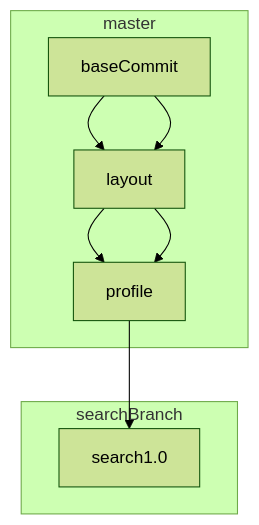
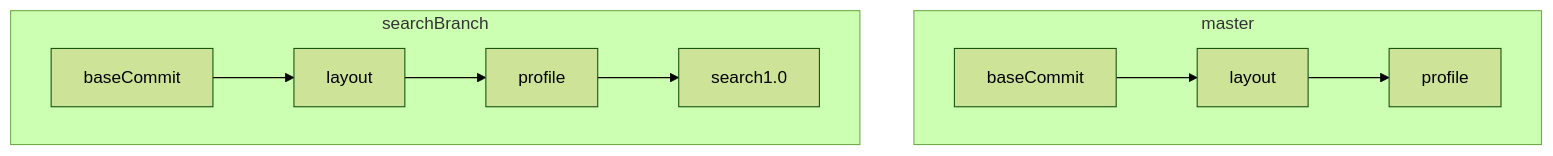
Before and after one commit to karan-kapoor90/portfolYOU: the second of 4 diagrams in _posts/2019-09-21-DIffmerge-setup.md, drawn with Mermaid (forest theme). The commit also changed other lines of this file, not shown here.

Commit message:
Graph fixes

```diff
--- a/_posts/2019-09-21-DIffmerge-setup.md
+++ b/_posts/2019-09-21-DIffmerge-setup.md
@@ -71,9 +71,9 @@
 <div class="mermaid">
 graph TB
     subgraph master
-    baseCommit-->layout-->profile
+    m1[baseCommit]-->m2[layout]-->m3[profile]
     end
     subgraph searchBranch
-    baseCommit-->layout-->profile-->search1.0
+    s1[baseCommit]-->s2[layout]-->s3[profile]-->s4[search1.0]
     end
 </div>
```
